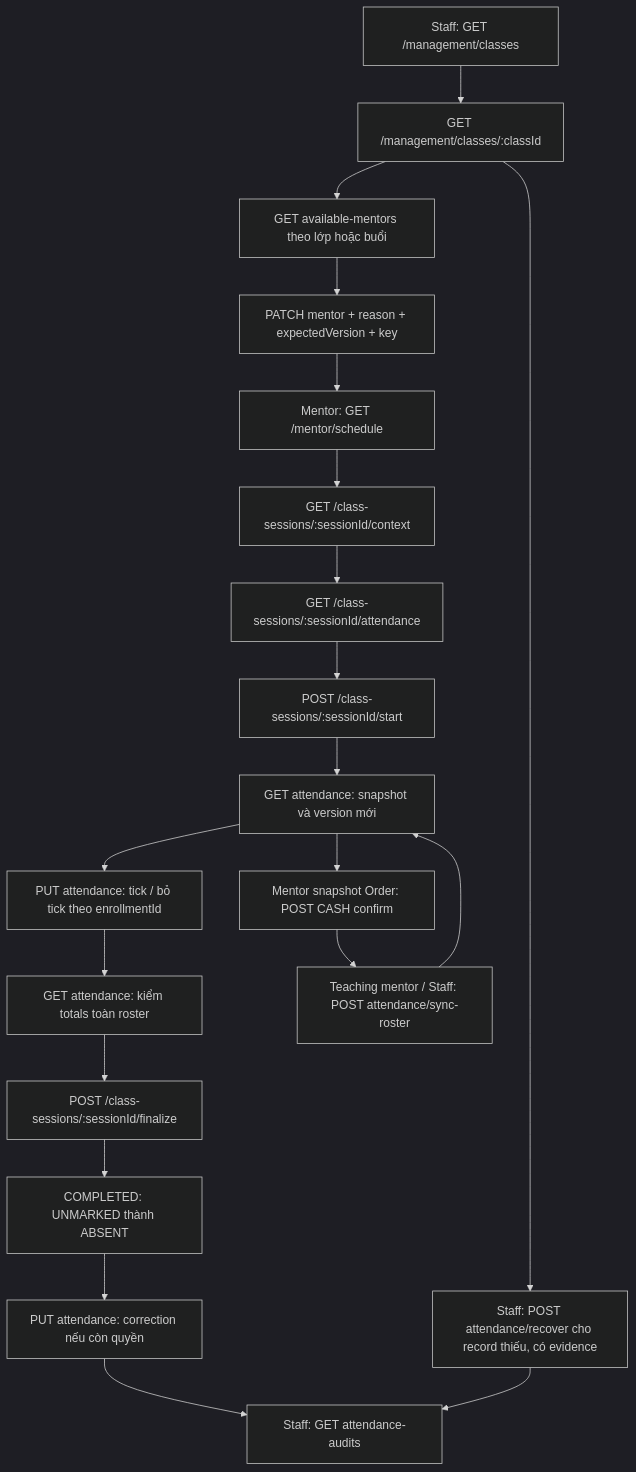
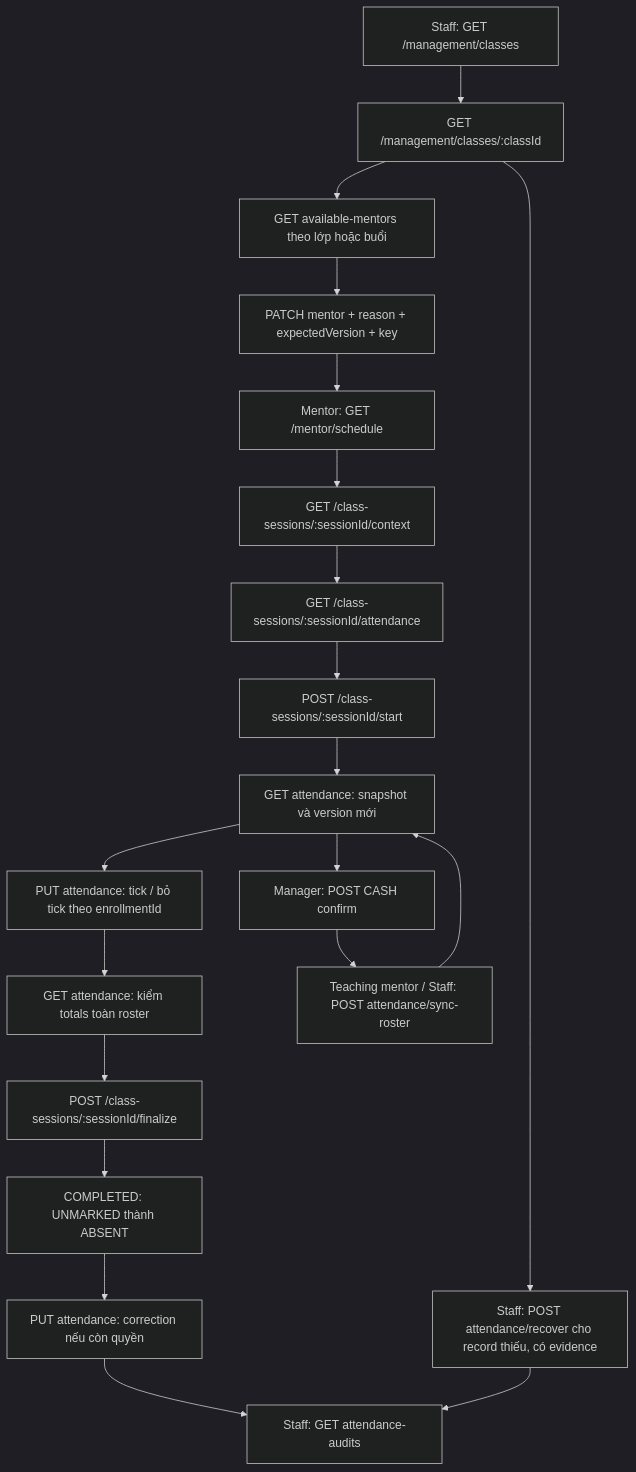
The diagram in docs/api_flow/PHASE_4_API_SUMMARY.md (nhathuyck1/Mindy-BE), drawn with Mermaid (dark theme) before and after one commit. The commit also changed other lines of this file and 84 other files, not shown here.

````diff
--- a/docs/api_flow/PHASE_4_API_SUMMARY.md
+++ b/docs/api_flow/PHASE_4_API_SUMMARY.md
@@ -166,22 +168,22 @@
 ```mermaid
 flowchart TD
     A["Staff: GET /management/classes"] --> B["GET /management/classes/:classId"]
     B --> C["GET available-mentors theo lớp hoặc buổi"]
     C --> D["PATCH mentor + reason + expectedVersion + key"]
     D --> E["Mentor: GET /mentor/schedule"]
     E --> F["GET /class-sessions/:sessionId/context"]
     F --> G["GET /class-sessions/:sessionId/attendance"]
     G --> H["POST /class-sessions/:sessionId/start"]
     H --> I["GET attendance: snapshot và version mới"]
     I --> J["PUT attendance: tick / bỏ tick theo enrollmentId"]
     J --> K["GET attendance: kiểm totals toàn roster"]
     K --> L["POST /class-sessions/:sessionId/finalize"]
     L --> M["COMPLETED: UNMARKED thành ABSENT"]
     M --> N["PUT attendance: correction nếu còn quyền"]
     N --> O["Staff: GET attendance-audits"]
-    I --> P["Mentor snapshot Order: POST CASH confirm"]
+    I --> P["Manager: POST CASH confirm"]
     P --> Q["Teaching mentor / Staff: POST attendance/sync-roster"]
     Q --> I
     B --> R["Staff: POST attendance/recover cho record thiếu, có evidence"]
     R --> O
 ```
````
